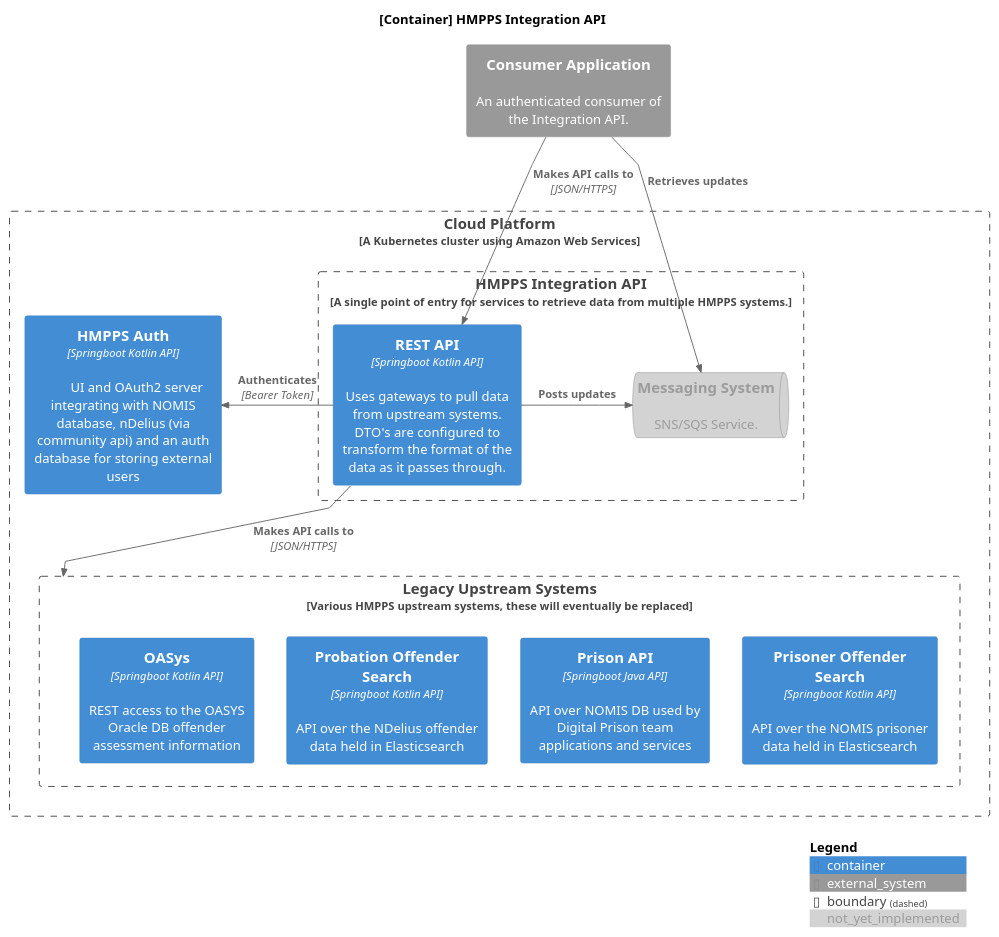
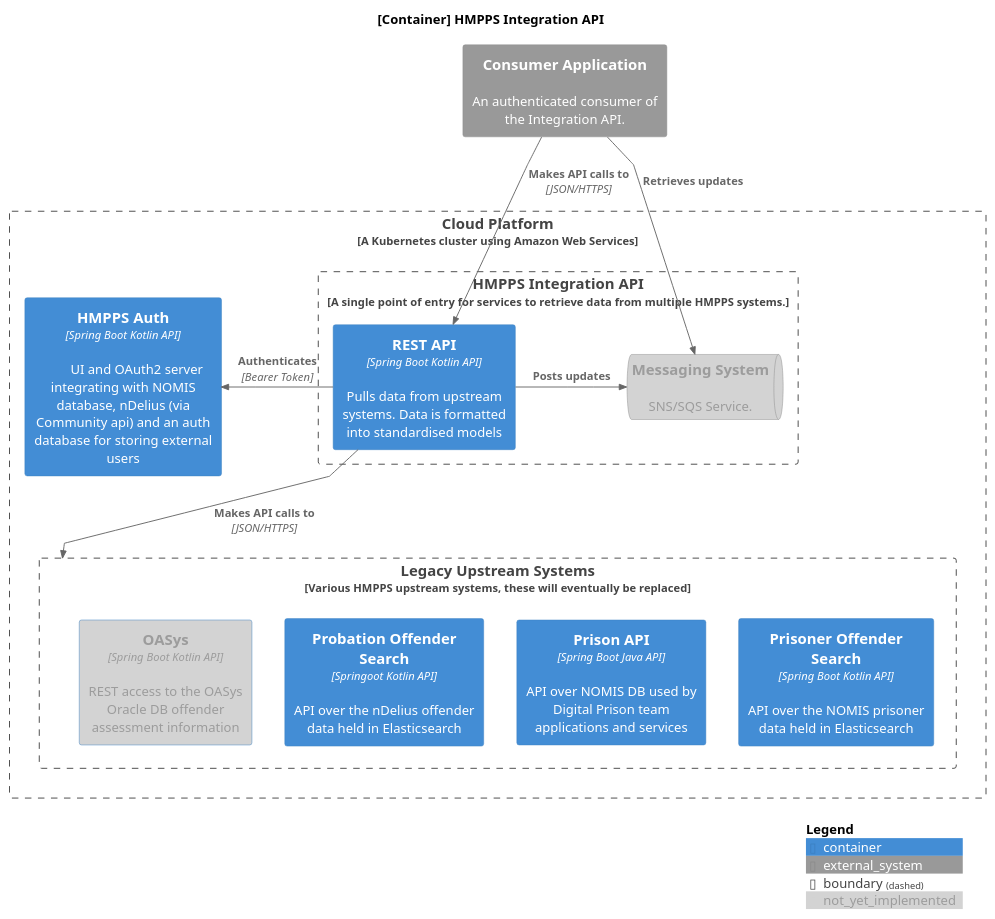
Before and after one commit to ministryofjustice/hmpps-integration-api: the diagram in docs/diagrams/container.puml, drawn with PlantUML.

Commit message:
Review comments

```diff
--- a/docs/diagrams/container.puml
+++ b/docs/diagrams/container.puml
@@ -1,40 +1,38 @@
 @startuml container
 
 !include https://raw.githubusercontent.com/plantuml-stdlib/C4-PlantUML/master/C4_Container.puml
 
 skinparam linetype polyline
 
 title [Container] HMPPS Integration API
 
 AddElementTag("not_yet_implemented", $bgColor="#D3D3D3", $fontColor="#9C9C9C")
 
 System_Ext(consumer, "Consumer Application", "An authenticated consumer of the Integration API.")
 
 Boundary(aws_cloudplatform, "Cloud Platform", "A Kubernetes cluster using Amazon Web Services", $link="https://user-guide.cloud-platform.service.justice.gov.uk/documentation/concepts/cp-tech-overview.html") {
     Boundary(hmpps_integration_api, "HMPPS Integration API", "A single point of entry for services to retrieve data from multiple HMPPS systems."){
-        Container(springboot_api, "REST API", "Springboot Kotlin API", "Uses gateways to pull data from upstream systems. DTO's are configured to transform the format of the data as it passes through.", $link="https://github.com/ministryofjustice/hmpps-integration-api")
-            SystemQueue_Ext(messaging, "Messaging System", "SNS/SQS Service.",$tags="not_yet_implemented")
+        Container(spring_boot_api, "REST API", "Spring Boot Kotlin API", "Pulls data from upstream systems. Data is formatted into standardised models", $link="https://github.com/ministryofjustice/hmpps-integration-api")
+        SystemQueue_Ext(messaging, "Messaging System", "SNS/SQS Service.",$tags="not_yet_implemented")
     }
 
-    Container(hmpps_auth, "HMPPS Auth", "Springboot Kotlin API", "	UI and OAuth2 server integrating with NOMIS database, nDelius (via community api) and an auth database for storing external users", $link="https://github.com/ministryofjustice/hmpps-auth")
+    Container(hmpps_auth, "HMPPS Auth", "Spring Boot Kotlin API", "	UI and OAuth2 server integrating with NOMIS database, nDelius (via Community api) and an auth database for storing external users", $link="https://github.com/ministryofjustice/hmpps-auth")
 
     Boundary(upstream, "Legacy Upstream Systems", "Various HMPPS upstream systems, these will eventually be replaced"){
-        Container(prison_api, "Prison API", "Springboot Java API", "API over NOMIS DB used by Digital Prison team applications and services", $link="https://github.com/ministryofjustice/prison-api")
-        Container(probation_offender_search, "Probation Offender Search", "Springboot Kotlin API", "API over the NDelius offender data held in Elasticsearch", $link="https://probation-offender-search-dev.hmpps.service.justice.gov.uk/swagger-ui/index.html")
-        Container(prison_offender_search, "Prisoner Offender Search", "Springboot Kotlin API", "API over the NOMIS prisoner data held in Elasticsearch", $link="https://github.com/ministryofjustice/prisoner-offender-search")
-        Container(oasys, "OASys", "Springboot Kotlin API", "REST access to the OASYS Oracle DB offender assessment information", $link="https://github.com/ministryofjustice/offender-assessments-api-kotlin", $tags="not_yet_implemented")
+        Container(prison_api, "Prison API", "Spring Boot Java API", "API over NOMIS DB used by Digital Prison team applications and services", $link="https://github.com/ministryofjustice/prison-api")
+        Container(probation_offender_search, "Probation Offender Search", "Springoot Kotlin API", "API over the nDelius offender data held in Elasticsearch", $link="https://probation-offender-search-dev.hmpps.service.justice.gov.uk/swagger-ui/index.html")
+        Container(prison_offender_search, "Prisoner Offender Search", "Spring Boot Kotlin API", "API over the NOMIS prisoner data held in Elasticsearch", $link="https://github.com/ministryofjustice/prisoner-offender-search")
+        Container(oasys, "OASys", "Spring Boot Kotlin API", "REST access to the OASys Oracle DB offender assessment information", $link="https://github.com/ministryofjustice/offender-assessments-api-kotlin", $tags="not_yet_implemented")
         Lay_L(prison_offender_search, prison_api)
     }
-
-    Container(oasys, "OASys", "Springboot Kotlin API", "REST access to the OASYS Oracle DB offender assessment information")
 }
 
-Rel(consumer, springboot_api, "Makes API calls to", "JSON/HTTPS")
+Rel(consumer, spring_boot_api, "Makes API calls to", "JSON/HTTPS")
 Rel(consumer, messaging, "Retrieves updates")
-Rel_Right(springboot_api, messaging, "Posts updates")
-Rel_Right(springboot_api, hmpps_auth, "Authenticates", "Bearer Token")
-Rel_Down(springboot_api, upstream, "Makes API calls to", "JSON/HTTPS")
+Rel_Right(spring_boot_api, messaging, "Posts updates")
+Rel_Right(spring_boot_api, hmpps_auth, "Authenticates", "Bearer Token")
+Rel_Down(spring_boot_api, upstream, "Makes API calls to", "JSON/HTTPS")
 
 SHOW_DYNAMIC_LEGEND()
 
 @enduml
```
